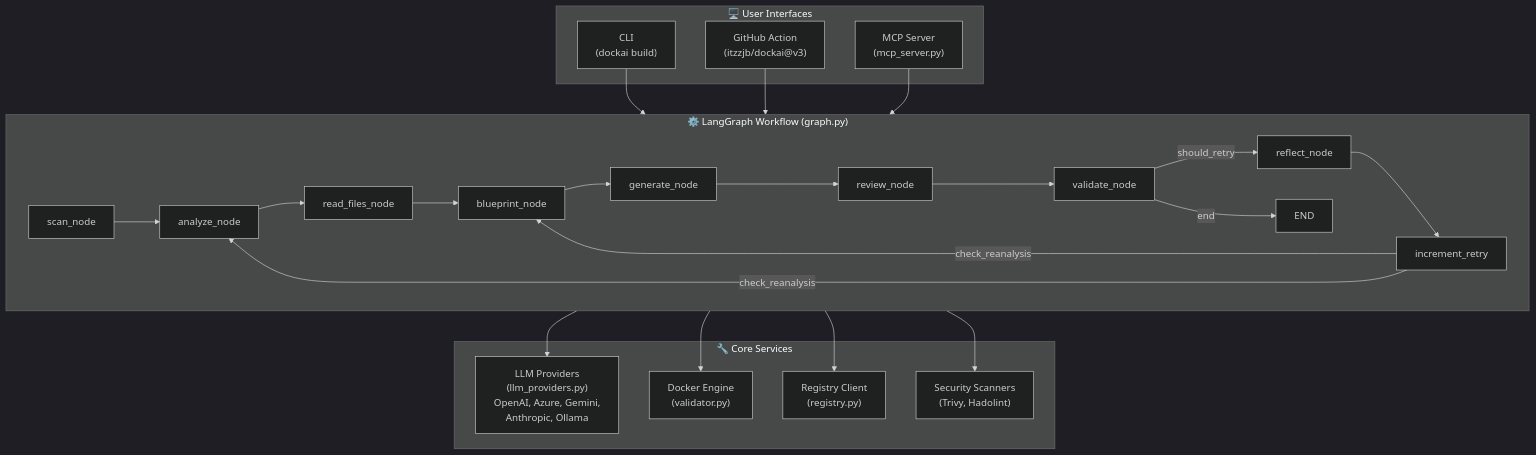
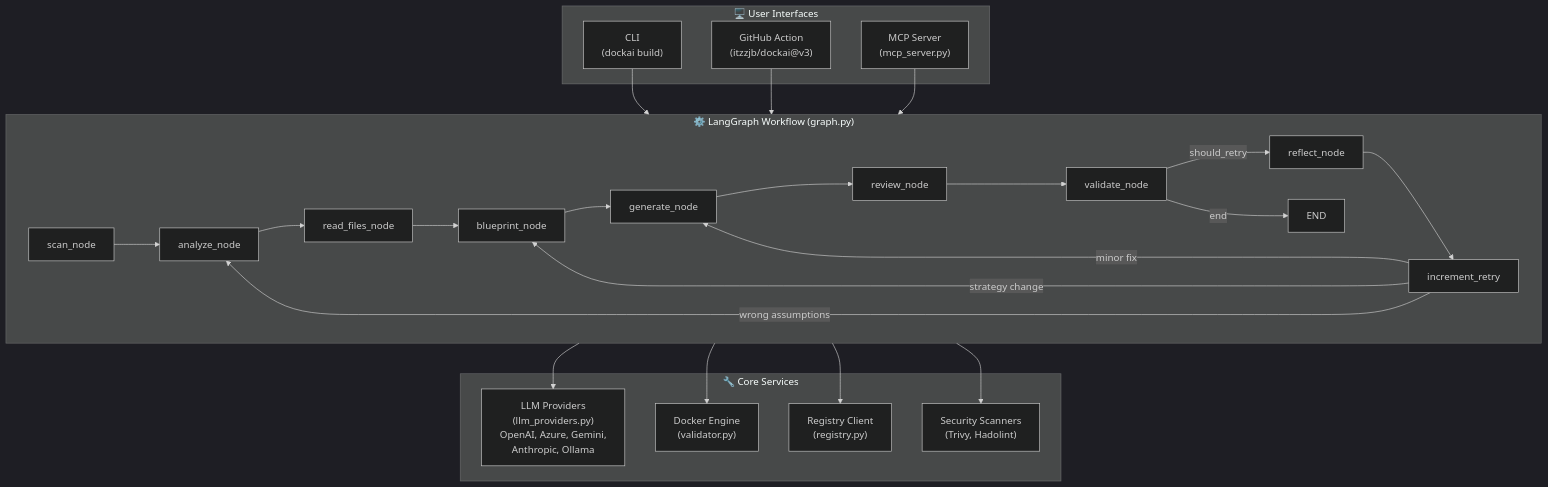
The first of 3 diagrams in docs/architecture.md (actions-marketplace-validations/itzzjb_dockai), drawn with Mermaid (dark theme) before and after one commit.

Commit message:
docs: Clarify increment retry transitions in architecture diagram by adding 'generate' path and specific conditions.

````diff
--- a/docs/architecture.md
+++ b/docs/architecture.md
@@ -62,36 +62,37 @@
 ```mermaid
 flowchart TB
     subgraph Interfaces["🖥️ User Interfaces"]
         cli["CLI\n(dockai build)"]
         action["GitHub Action\n(itzzjb/dockai@v3)"]
         mcp["MCP Server\n(mcp_server.py)"]
     end
     
     subgraph Workflow["⚙️ LangGraph Workflow (graph.py)"]
         scan["scan_node"] --> analyze["analyze_node"] --> read["read_files_node"]
         read --> blueprint["blueprint_node"] --> generate["generate_node"]
         generate --> review["review_node"] --> validate["validate_node"]
         
         validate -->|"should_retry"| reflect["reflect_node"]
         reflect --> increment["increment_retry"]
-        increment -->|"check_reanalysis"| blueprint
-        increment -->|"check_reanalysis"| analyze
+        increment -->|"minor fix"| generate
+        increment -->|"strategy change"| blueprint
+        increment -->|"wrong assumptions"| analyze
         validate -->|"end"| done["END"]
     end
     
     subgraph Services["🔧 Core Services"]
         llm["LLM Providers\n(llm_providers.py)\nOpenAI, Azure, Gemini,\nAnthropic, Ollama"]
         docker["Docker Engine\n(validator.py)"]
         registry["Registry Client\n(registry.py)"]
         security["Security Scanners\n(Trivy, Hadolint)"]
     end
     
     cli --> Workflow
     action --> Workflow
     mcp --> Workflow
     
     Workflow --> llm
     Workflow --> docker
     Workflow --> registry
     Workflow --> security
 ```
````
